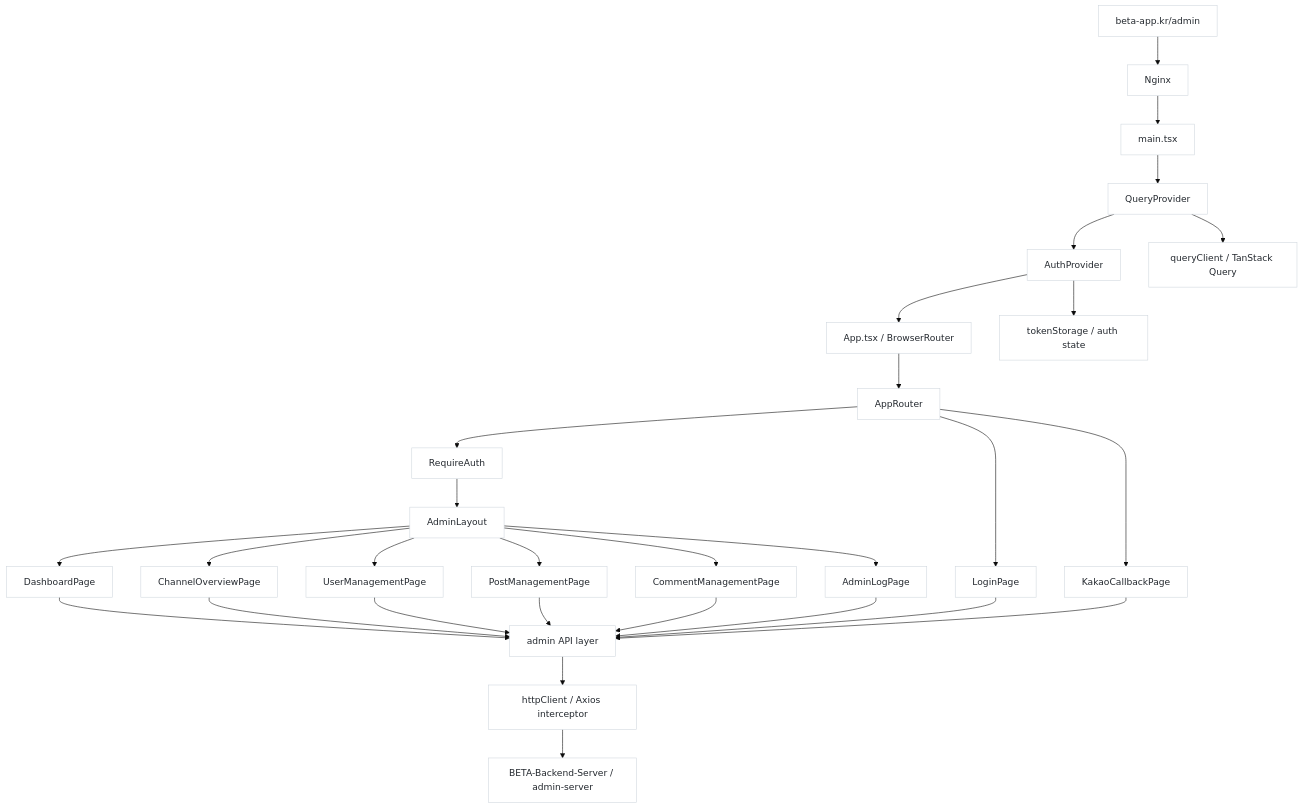
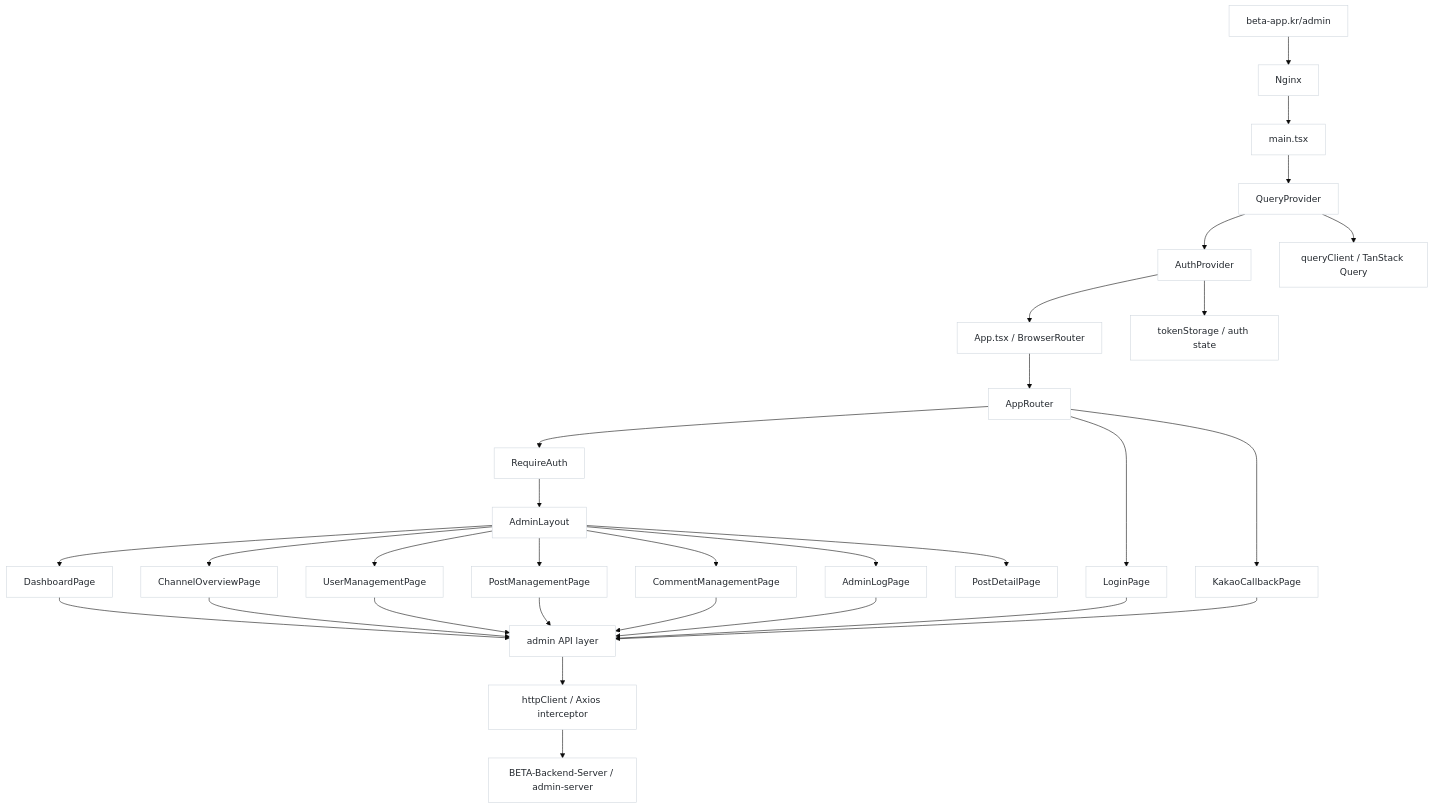
One commit to BETA-BasEball-Together-Always/BETA-Admin-Web changed the diagram in README.md. Above: the diagram before and after it, drawn with Mermaid. The commit also changed other lines of this file and 6 other files, not shown here.

````diff
--- a/README.md
+++ b/README.md
@@ -12,38 +12,39 @@
 ```mermaid
 %%{init: {'theme': 'base'}}%%
 flowchart TD
   U["beta-app.kr/admin"] --> N["Nginx"]
   N --> M["main.tsx"]
   M --> Q["QueryProvider"]
   Q --> A["AuthProvider"]
   A --> R["App.tsx / BrowserRouter"]
   R --> P["AppRouter"]
 
   P --> L["LoginPage"]
   P --> C["KakaoCallbackPage"]
   P --> G["RequireAuth"]
   G --> H["AdminLayout"]
 
   H --> D["DashboardPage"]
   H --> E["ChannelOverviewPage"]
   H --> F["UserManagementPage"]
   H --> J["PostManagementPage"]
+  H --> PD["PostDetailPage"]
   H --> K["CommentManagementPage"]
   H --> I["AdminLogPage"]
 
   D --> S["admin API layer"]
   E --> S
   F --> S
   J --> S
   K --> S
   I --> S
   L --> S
   C --> S
 
   S --> T["httpClient / Axios interceptor"]
   Q --> V["queryClient / TanStack Query"]
   A --> W["tokenStorage / auth state"]
   T --> B["BETA-Backend-Server / admin-server"]
 
   classDef default fill:#ffffff,stroke:#d0d7de,color:#24292f,stroke-width:1px;
 ```
````
